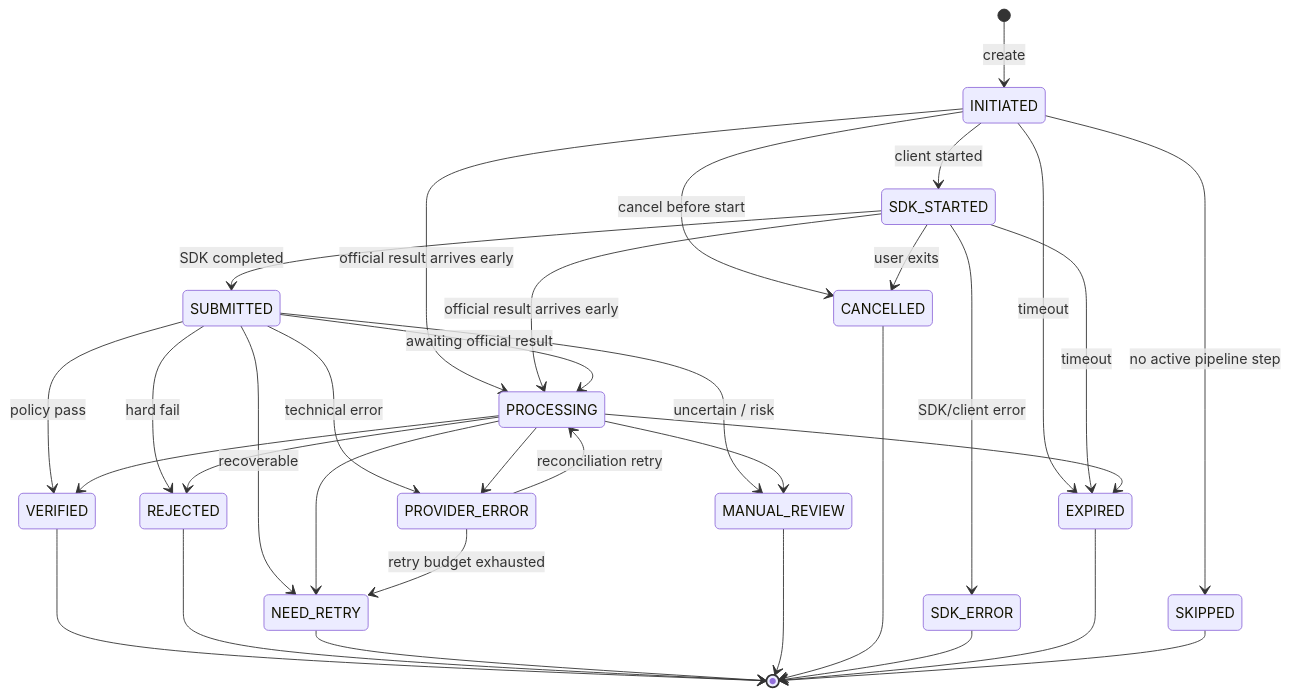
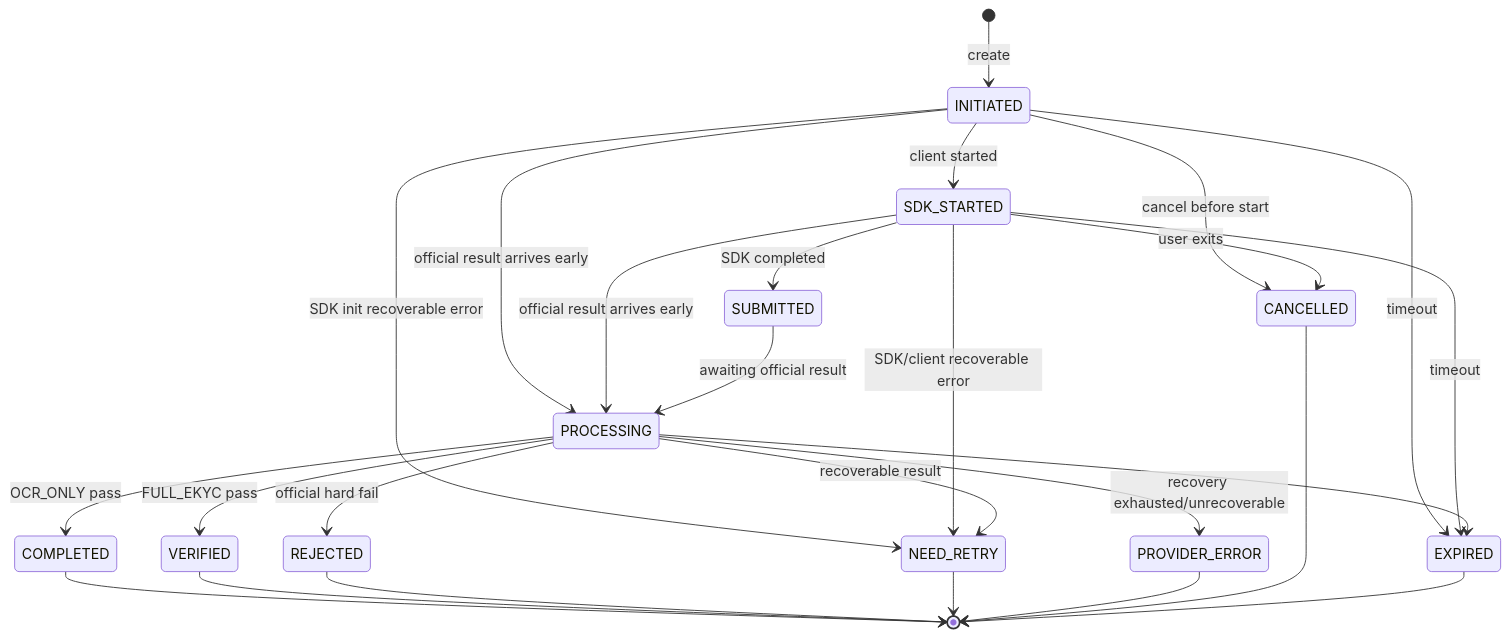
The fifth of 23 diagrams in README.md (huynv-xyz/vhm), drawn with Mermaid before and after one commit. The commit also changed other lines of this file, not shown here.

````diff
--- a/README.md
+++ b/README.md
@@ -528,40 +592,31 @@
 ```mermaid
 stateDiagram-v2
     [*] --> INITIATED: create
     INITIATED --> SDK_STARTED: client started
     INITIATED --> CANCELLED: cancel before start
     INITIATED --> EXPIRED: timeout
-    INITIATED --> SKIPPED: no active pipeline step
+    INITIATED --> NEED_RETRY: SDK init recoverable error
     INITIATED --> PROCESSING: official result arrives early
 
     SDK_STARTED --> SUBMITTED: SDK completed
     SDK_STARTED --> CANCELLED: user exits
-    SDK_STARTED --> SDK_ERROR: SDK/client error
+    SDK_STARTED --> NEED_RETRY: SDK/client recoverable error
     SDK_STARTED --> EXPIRED: timeout
     SDK_STARTED --> PROCESSING: official result arrives early
 
     SUBMITTED --> PROCESSING: awaiting official result
-    SUBMITTED --> VERIFIED: policy pass
-    SUBMITTED --> REJECTED: hard fail
-    SUBMITTED --> NEED_RETRY: recoverable
-    SUBMITTED --> MANUAL_REVIEW: uncertain / risk
-    SUBMITTED --> PROVIDER_ERROR: technical error
+    PROCESSING --> COMPLETED: OCR_ONLY pass
+    PROCESSING --> VERIFIED: FULL_EKYC pass
+    PROCESSING --> REJECTED: official hard fail
+    PROCESSING --> NEED_RETRY: recoverable result
+    PROCESSING --> PROVIDER_ERROR: recovery exhausted/unrecoverable
+    PROCESSING --> EXPIRED
 
-    PROCESSING --> VERIFIED
-    PROCESSING --> REJECTED
-    PROCESSING --> NEED_RETRY
-    PROCESSING --> MANUAL_REVIEW
-    PROCESSING --> PROVIDER_ERROR
-    PROCESSING --> EXPIRED
-    PROVIDER_ERROR --> PROCESSING: reconciliation retry
-    PROVIDER_ERROR --> NEED_RETRY: retry budget exhausted
-
+    COMPLETED --> [*]
     VERIFIED --> [*]
     REJECTED --> [*]
     NEED_RETRY --> [*]
-    MANUAL_REVIEW --> [*]
+    PROVIDER_ERROR --> [*]
     CANCELLED --> [*]
-    SDK_ERROR --> [*]
     EXPIRED --> [*]
-    SKIPPED --> [*]
 ```
````
